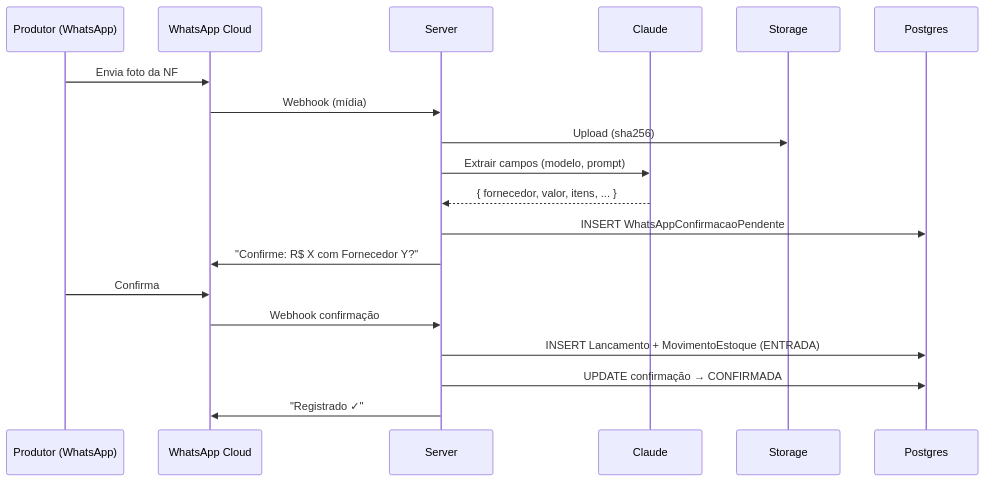
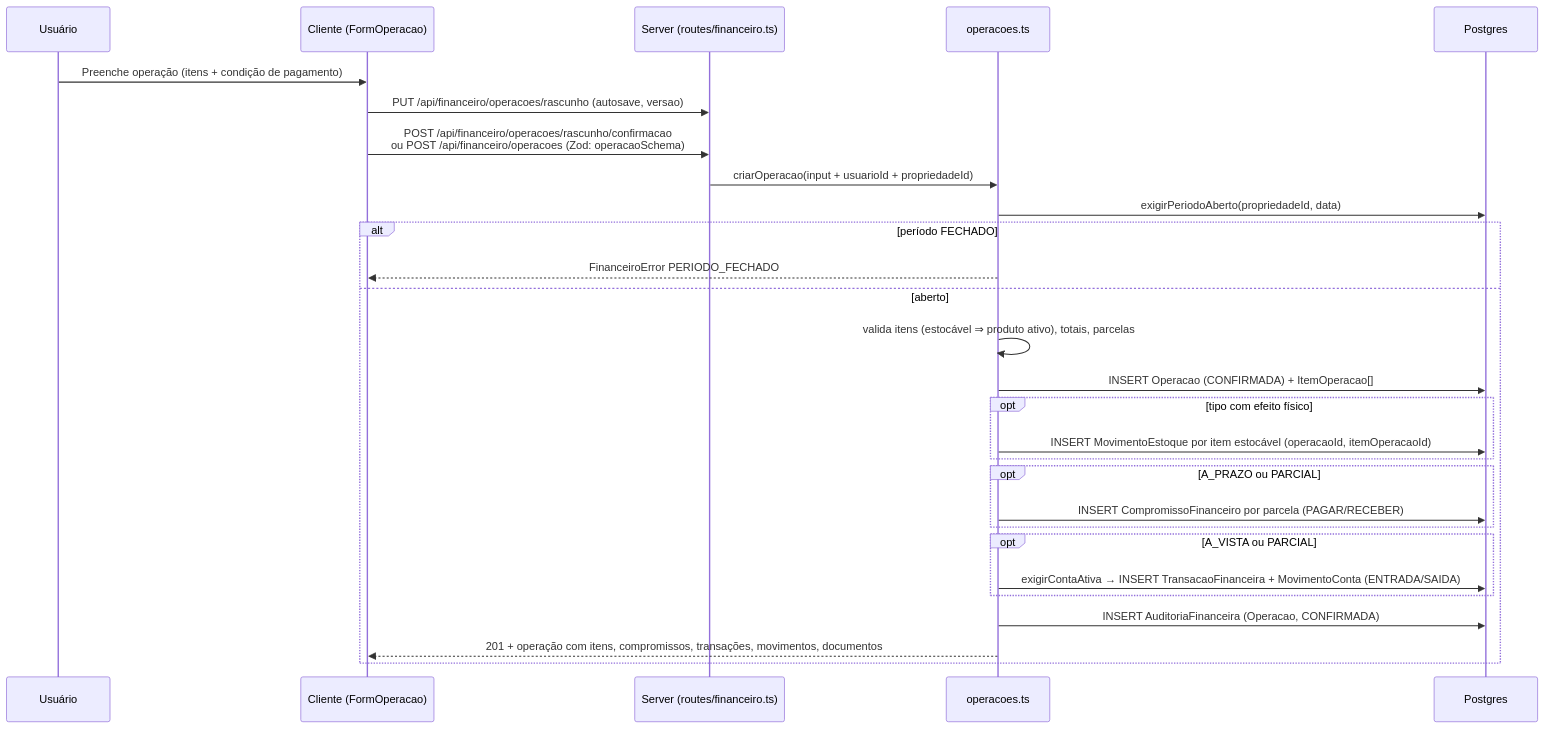
Before and after one commit to somosvira/fazendinha: the third of 4 diagrams in ARCHITECTURE.md, drawn with Mermaid. The commit also changed other lines of this file and 4 other files, not shown here.

First line of the commit message:
docs: alinhar CLAUDE.md, ARCHITECTURE, DEPLOY, README e render.yaml à codebase atual

````diff
--- a/ARCHITECTURE.md
+++ b/ARCHITECTURE.md
@@ -384,22 +437,31 @@
 ```mermaid
 sequenceDiagram
-  participant U as Produtor (WhatsApp)
-  participant WA as WhatsApp Cloud
-  participant S as Server
-  participant AI as Claude
-  participant OBJ as Storage
+  participant U as Usuário
+  participant C as Cliente (FormOperacao)
+  participant S as Server (routes/financeiro.ts)
+  participant SVC as operacoes.ts
   participant DB as Postgres
 
-  U->>WA: Envia foto da NF
-  WA->>S: Webhook (mídia)
-  S->>OBJ: Upload (sha256)
-  S->>AI: Extrair campos (modelo, prompt)
-  AI-->>S: { fornecedor, valor, itens, ... }
-  S->>DB: INSERT WhatsAppConfirmacaoPendente
-  S->>WA: "Confirme: R$ X com Fornecedor Y?"
-  U->>WA: Confirma
-  WA->>S: Webhook confirmação
-  S->>DB: INSERT Lancamento + MovimentoEstoque (ENTRADA)
-  S->>DB: UPDATE confirmação → CONFIRMADA
-  S->>WA: "Registrado ✓"
+  U->>C: Preenche operação (itens + condição de pagamento)
+  C->>S: PUT /api/financeiro/operacoes/rascunho (autosave, versao)
+  C->>S: POST /api/financeiro/operacoes/rascunho/confirmacao<br/>ou POST /api/financeiro/operacoes (Zod: operacaoSchema)
+  S->>SVC: criarOperacao(input + usuarioId + propriedadeId)
+  SVC->>DB: exigirPeriodoAberto(propriedadeId, data)
+  alt período FECHADO
+    SVC-->>C: FinanceiroError PERIODO_FECHADO
+  else aberto
+    SVC->>SVC: valida itens (estocável ⇒ produto ativo), totais, parcelas
+    SVC->>DB: INSERT Operacao (CONFIRMADA) + ItemOperacao[]
+    opt tipo com efeito físico
+      SVC->>DB: INSERT MovimentoEstoque por item estocável (operacaoId, itemOperacaoId)
+    end
+    opt A_PRAZO ou PARCIAL
+      SVC->>DB: INSERT CompromissoFinanceiro por parcela (PAGAR/RECEBER)
+    end
+    opt A_VISTA ou PARCIAL
+      SVC->>DB: exigirContaAtiva → INSERT TransacaoFinanceira + MovimentoConta (ENTRADA/SAIDA)
+    end
+    SVC->>DB: INSERT AuditoriaFinanceira (Operacao, CONFIRMADA)
+    SVC-->>C: 201 + operação com itens, compromissos, transações, movimentos, documentos
+  end
 ```
````
